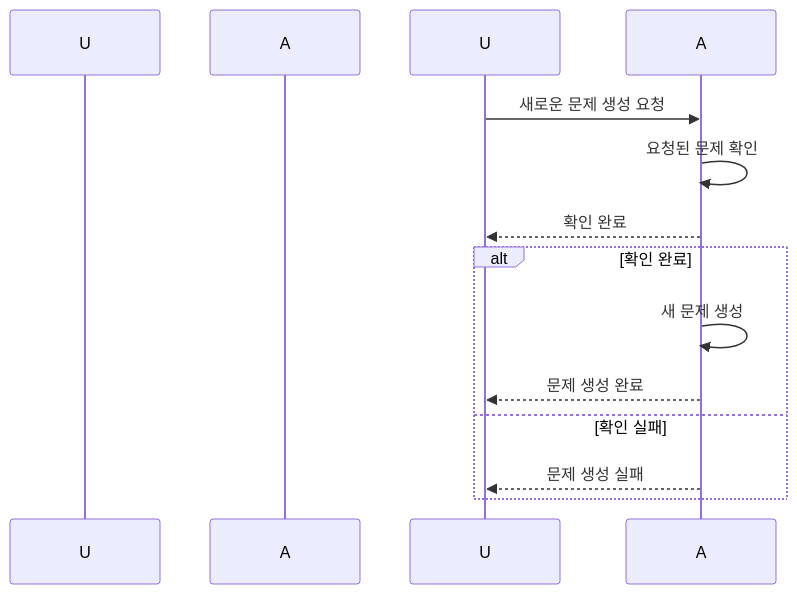
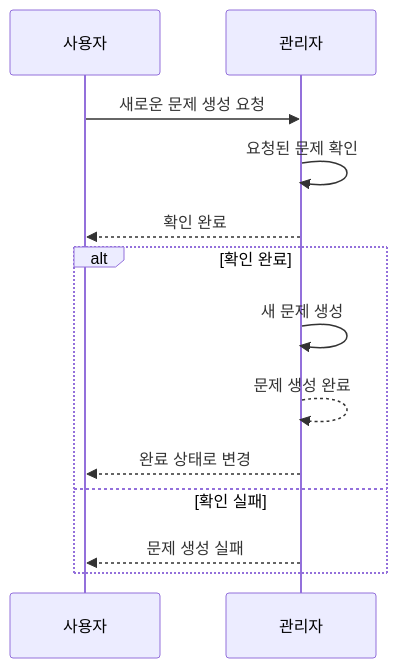
One commit to CS-tudy/CStudy_BackEnd changed the first of 2 diagrams in README.md. Above: the diagram before and after it, drawn with Mermaid.

Commit message:
README.md

````diff
--- a/README.md
+++ b/README.md
@@ -115,17 +115,17 @@
 ```mermaid
+
 sequenceDiagram
-  participant 사용자 as U
-  participant 관리자 as A
 
-  U->>A: 새로운 문제 생성 요청
-  A->>A: 요청된 문제 확인
-  A-->>U: 확인 완료
+  사용자->>관리자: 새로운 문제 생성 요청
+  관리자->>관리자: 요청된 문제 확인
+  관리자-->>사용자: 확인 완료
 
   alt 확인 완료
-    A->>A: 새 문제 생성
-    A-->>U: 문제 생성 완료
+    관리자->>관리자: 새 문제 생성
+    관리자-->>관리자: 문제 생성 완료
+    관리자-->>사용자: 완료 상태로 변경
   else 확인 실패
-    A-->>U: 문제 생성 실패
+    관리자-->>사용자: 문제 생성 실패
   end
 
 ```
````
